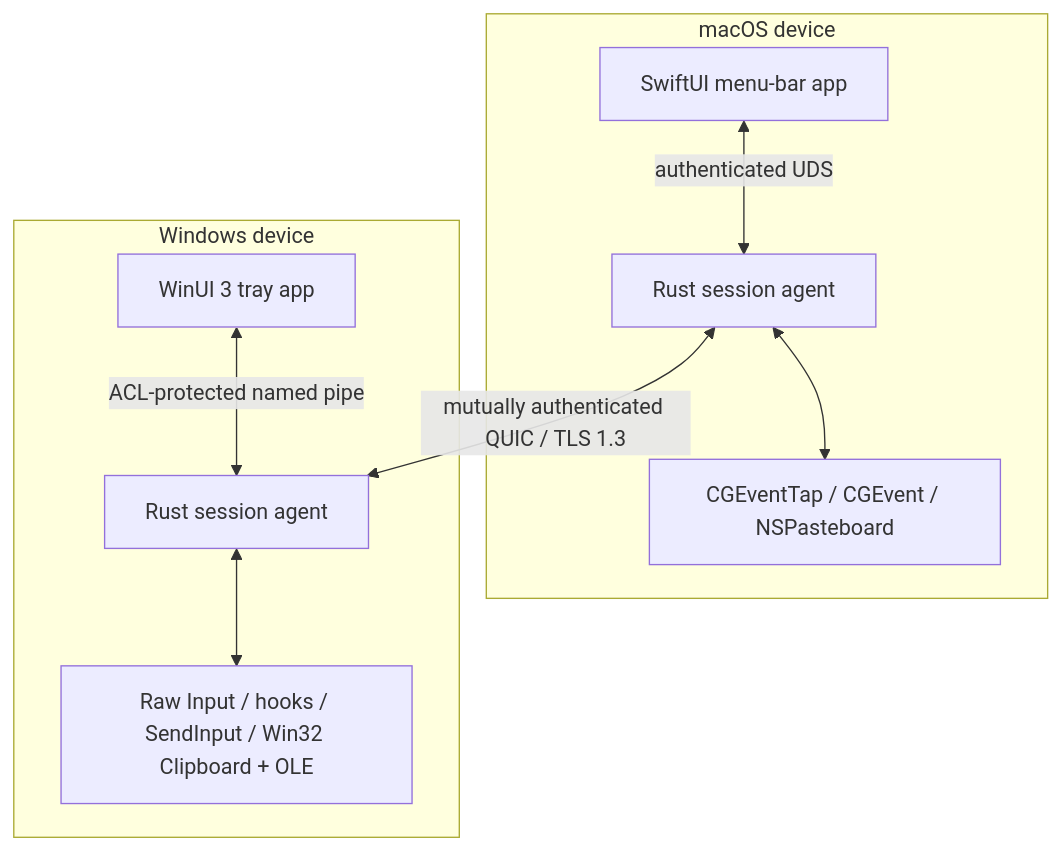
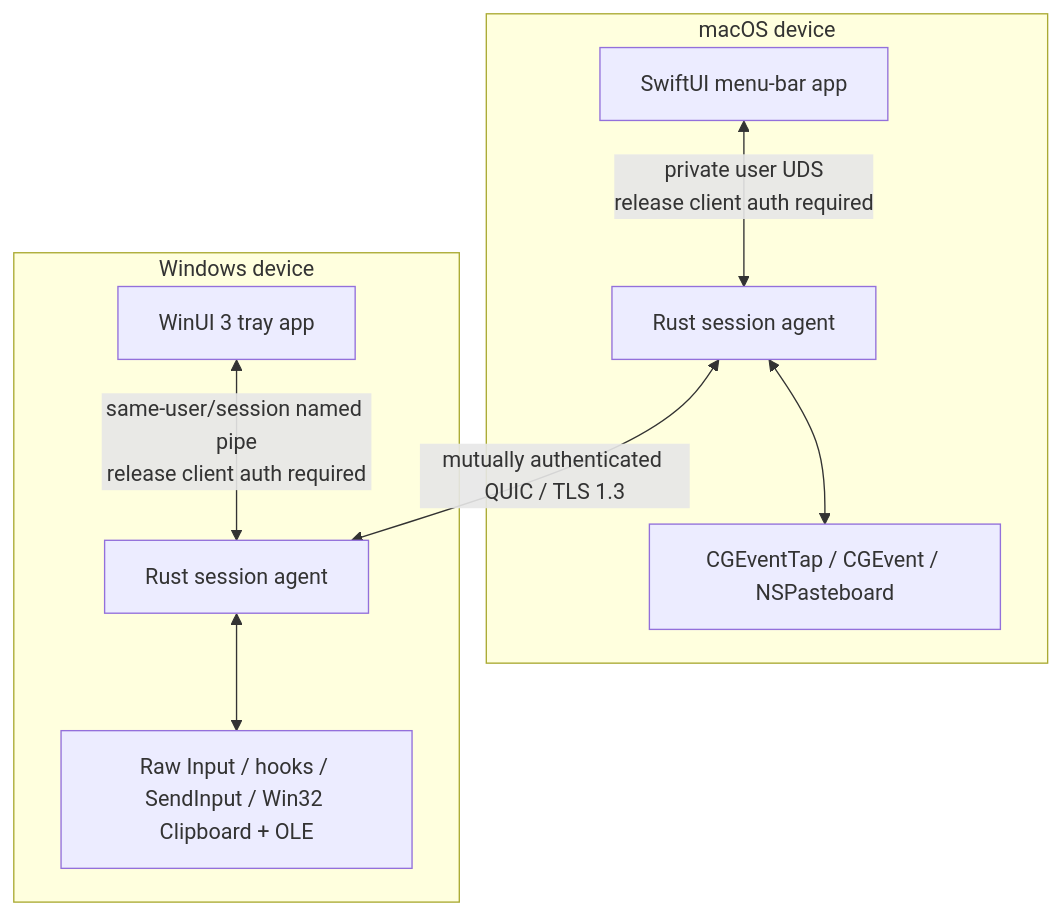
Before and after one commit to greendexd/nodavo: the diagram in docs/architecture.md, drawn with Mermaid. The commit also changed other lines of this file and 139 other files, not shown here.

````diff
--- a/docs/architecture.md
+++ b/docs/architecture.md
@@ -13,20 +13,20 @@
 ```mermaid
 flowchart TB
     subgraph Mac["macOS device"]
         MUI["SwiftUI menu-bar app"]
         MA["Rust session agent"]
         MAP["CGEventTap / CGEvent / NSPasteboard"]
-        MUI <-->|"authenticated UDS"| MA
+        MUI <-->|"private user UDS<br/>release client auth required"| MA
         MA <--> MAP
     end
 
     subgraph Win["Windows device"]
         WUI["WinUI 3 tray app"]
         WA["Rust session agent"]
         WAP["Raw Input / hooks / SendInput / Win32 Clipboard + OLE"]
-        WUI <-->|"ACL-protected named pipe"| WA
+        WUI <-->|"same-user/session named pipe<br/>release client auth required"| WA
         WA <--> WAP
     end
 
     MA <-->|"mutually authenticated QUIC / TLS 1.3"| WA
 ```
````
